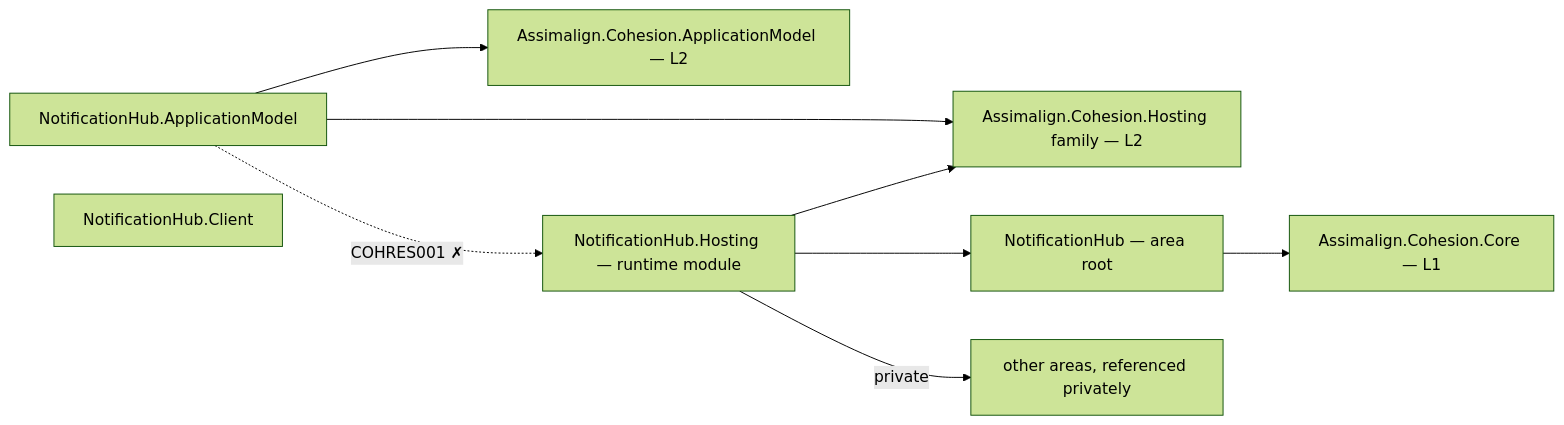
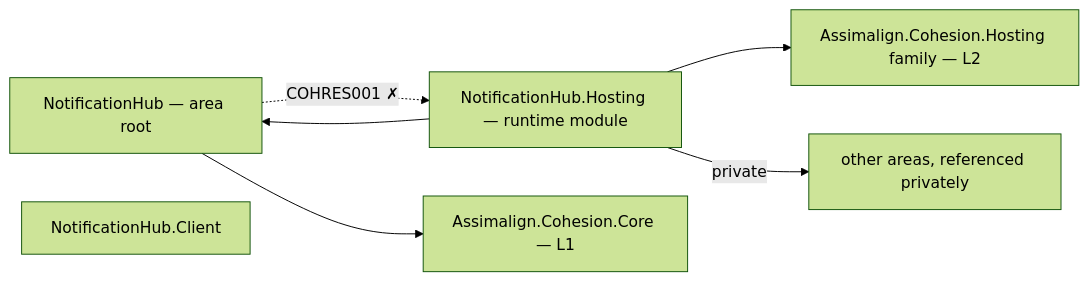
The diagram in resources/NotificationHub/README.md (assimalign/cohesion), drawn with Mermaid (forest theme) before and after one commit. The commit also changed other lines of this file and 441 other files, not shown here.

````diff
--- a/resources/NotificationHub/README.md
+++ b/resources/NotificationHub/README.md
@@ -12,18 +12,14 @@
 ```mermaid
 flowchart LR
     P0["NotificationHub — area root"]
-    P1["NotificationHub.ApplicationModel"]
     P2["NotificationHub.Client"]
     P3["NotificationHub.Hosting — runtime module"]
     CORE["Assimalign.Cohesion.Core — L1"]
     HOSTFAM["Assimalign.Cohesion.Hosting family — L2"]
-    APPMODEL["Assimalign.Cohesion.ApplicationModel — L2"]
     PRIV["other areas, referenced privately"]
     P0 --> CORE
-    P1 --> APPMODEL
-    P1 --> HOSTFAM
     P3 --> HOSTFAM
     P3 --> P0
     P3 -->|"private"| PRIV
-    P1 -.->|"COHRES001 ✗"| P3
+    P0 -.->|"COHRES001 ✗"| P3
 ```
````
